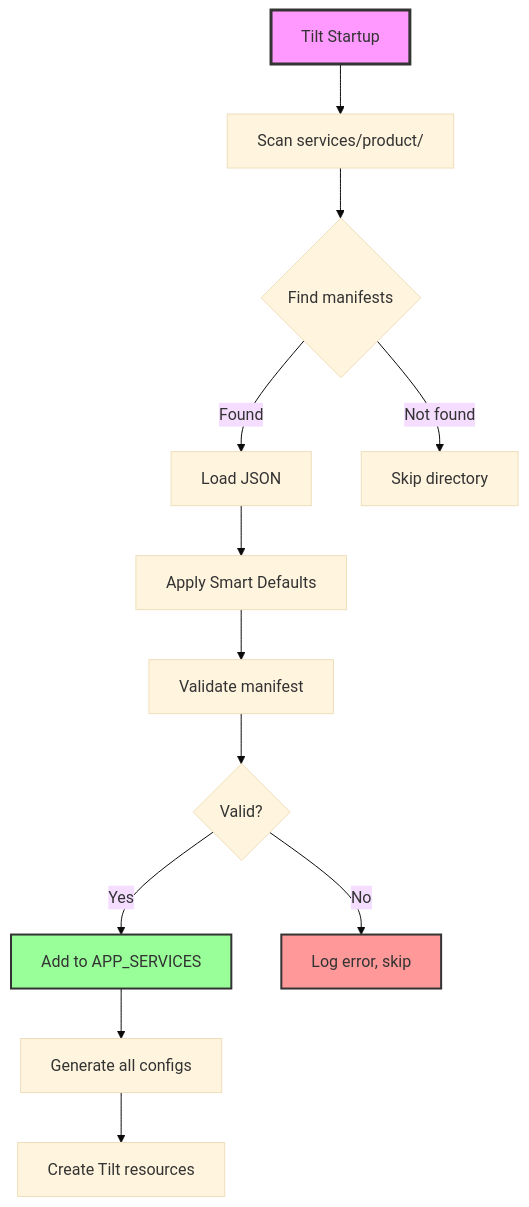
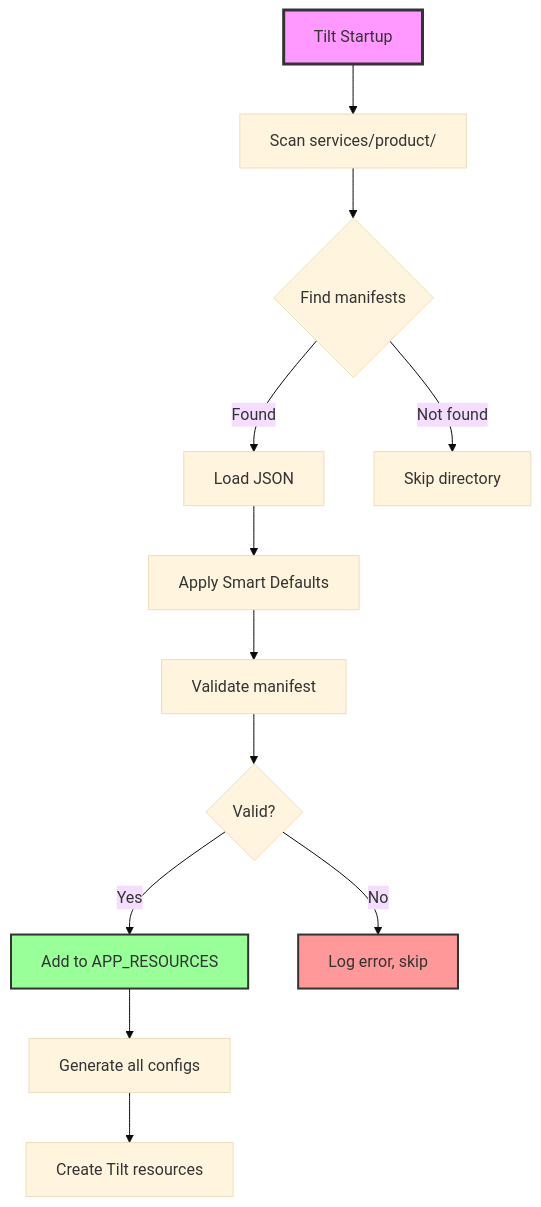
Before and after one commit to AK-Lmn/tdk-cli-core: the first of 5 diagrams in engine/docs/C4-ARCHITECTURE-operations.md, drawn with Mermaid (base theme). The commit also changed 147 other files, not shown here.

````diff
--- a/engine/docs/C4-ARCHITECTURE-operations.md
+++ b/engine/docs/C4-ARCHITECTURE-operations.md
@@ -98,18 +98,18 @@
 ```mermaid
 graph TD
     A[Tilt Startup] --> B[Scan services/product/]
     B --> C{Find manifests}
     C -->|Found| D[Load JSON]
     C -->|Not found| E[Skip directory]
     D --> F[Apply Smart Defaults]
     F --> G[Validate manifest]
     G --> H{Valid?}
-    H -->|Yes| I[Add to APP_SERVICES]
+    H -->|Yes| I[Add to APP_RESOURCES]
     H -->|No| J[Log error, skip]
     I --> K[Generate all configs]
     K --> L[Create Tilt resources]
     
     style A fill:#f9f,stroke:#333,stroke-width:3px
     style I fill:#9f9,stroke:#333,stroke-width:2px
     style J fill:#f99,stroke:#333,stroke-width:2px
 ```
````
